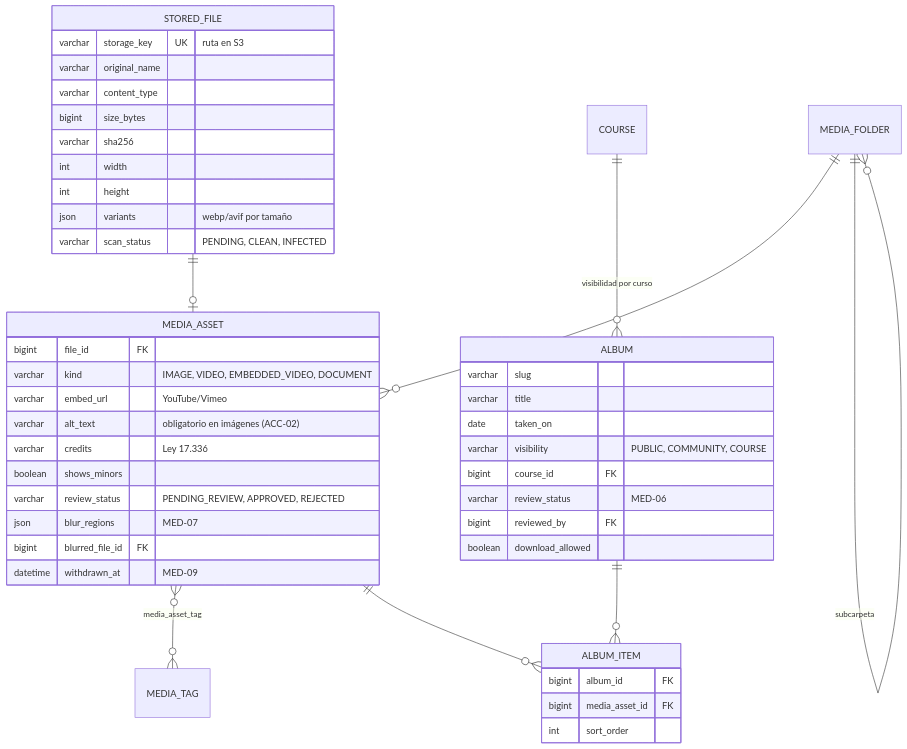
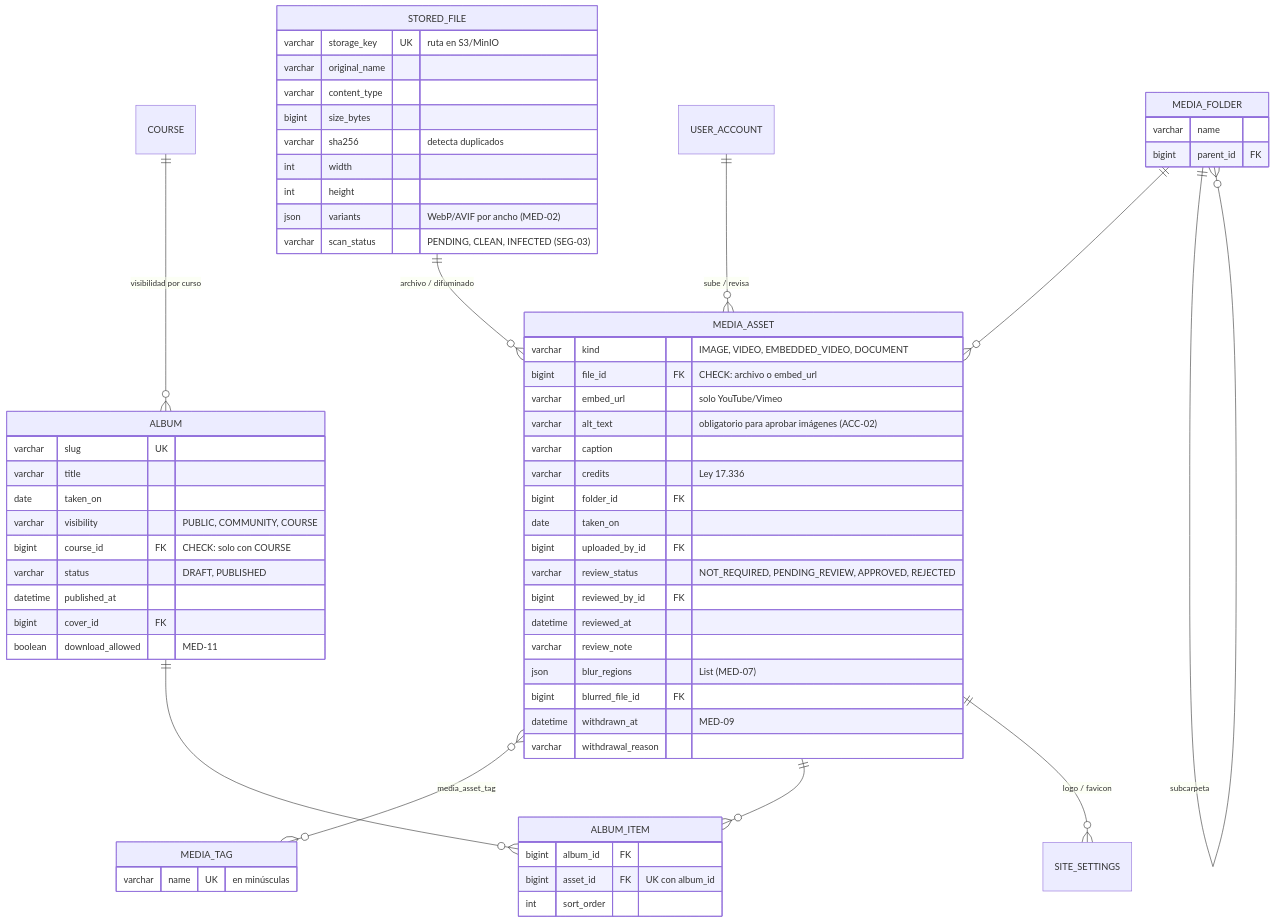
One commit to InformaticaBeerCat/colegio-saas changed the third of 6 diagrams in docs/domain-model.md. Above: the diagram before and after it, drawn with Mermaid. The commit also changed other lines of this file and 24 other files, not shown here.

````diff
--- a/docs/domain-model.md
+++ b/docs/domain-model.md
@@ -141,49 +141,66 @@
 ```mermaid
 erDiagram
-    STORED_FILE ||--o| MEDIA_ASSET : ""
+    STORED_FILE ||--o{ MEDIA_ASSET : "archivo / difuminado"
     MEDIA_FOLDER ||--o{ MEDIA_ASSET : ""
     MEDIA_FOLDER ||--o{ MEDIA_FOLDER : "subcarpeta"
     MEDIA_ASSET }o--o{ MEDIA_TAG : "media_asset_tag"
+    USER_ACCOUNT ||--o{ MEDIA_ASSET : "sube / revisa"
     ALBUM ||--o{ ALBUM_ITEM : ""
     MEDIA_ASSET ||--o{ ALBUM_ITEM : ""
     COURSE ||--o{ ALBUM : "visibilidad por curso"
+    MEDIA_ASSET ||--o{ SITE_SETTINGS : "logo / favicon"
 
     STORED_FILE {
-        varchar storage_key UK "ruta en S3"
+        varchar storage_key UK "ruta en S3/MinIO"
         varchar original_name
         varchar content_type
         bigint size_bytes
-        varchar sha256
+        varchar sha256 "detecta duplicados"
         int width
         int height
-        json variants "webp/avif por tamaño"
-        varchar scan_status "PENDING, CLEAN, INFECTED"
+        json variants "WebP/AVIF por ancho (MED-02)"
+        varchar scan_status "PENDING, CLEAN, INFECTED (SEG-03)"
     }
     MEDIA_ASSET {
-        bigint file_id FK
         varchar kind "IMAGE, VIDEO, EMBEDDED_VIDEO, DOCUMENT"
-        varchar embed_url "YouTube/Vimeo"
-        varchar alt_text "obligatorio en imágenes (ACC-02)"
+        bigint file_id FK "CHECK: archivo o embed_url"
+        varchar embed_url "solo YouTube/Vimeo"
+        varchar alt_text "obligatorio para aprobar imágenes (ACC-02)"
+        varchar caption
         varchar credits "Ley 17.336"
-        boolean shows_minors
-        varchar review_status "PENDING_REVIEW, APPROVED, REJECTED"
-        json blur_regions "MED-07"
+        bigint folder_id FK
+        date taken_on
+        bigint uploaded_by_id FK
+        varchar review_status "NOT_REQUIRED, PENDING_REVIEW, APPROVED, REJECTED"
+        bigint reviewed_by_id FK
+        datetime reviewed_at
+        varchar review_note
+        json blur_regions "List<BlurRegion> (MED-07)"
         bigint blurred_file_id FK
         datetime withdrawn_at "MED-09"
+        varchar withdrawal_reason
+    }
+    MEDIA_TAG {
+        varchar name UK "en minúsculas"
+    }
+    MEDIA_FOLDER {
+        varchar name
+        bigint parent_id FK
     }
     ALBUM {
-        varchar slug
+        varchar slug UK
         varchar title
         date taken_on
         varchar visibility "PUBLIC, COMMUNITY, COURSE"
-        bigint course_id FK
-        varchar review_status "MED-06"
-        bigint reviewed_by FK
-        boolean download_allowed
+        bigint course_id FK "CHECK: solo con COURSE"
+        varchar status "DRAFT, PUBLISHED"
+        datetime published_at
+        bigint cover_id FK
+        boolean download_allowed "MED-11"
     }
     ALBUM_ITEM {
         bigint album_id FK
-        bigint media_asset_id FK
+        bigint asset_id FK "UK con album_id"
         int sort_order
     }
 ```
````
